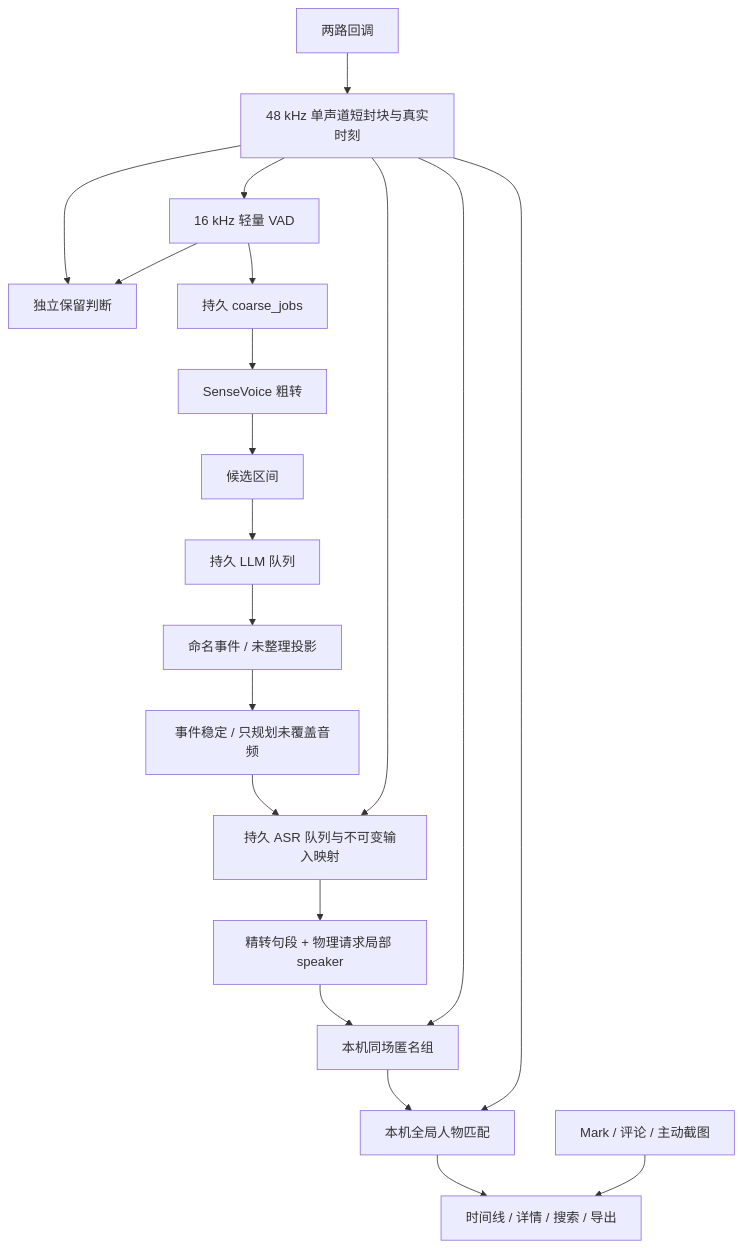
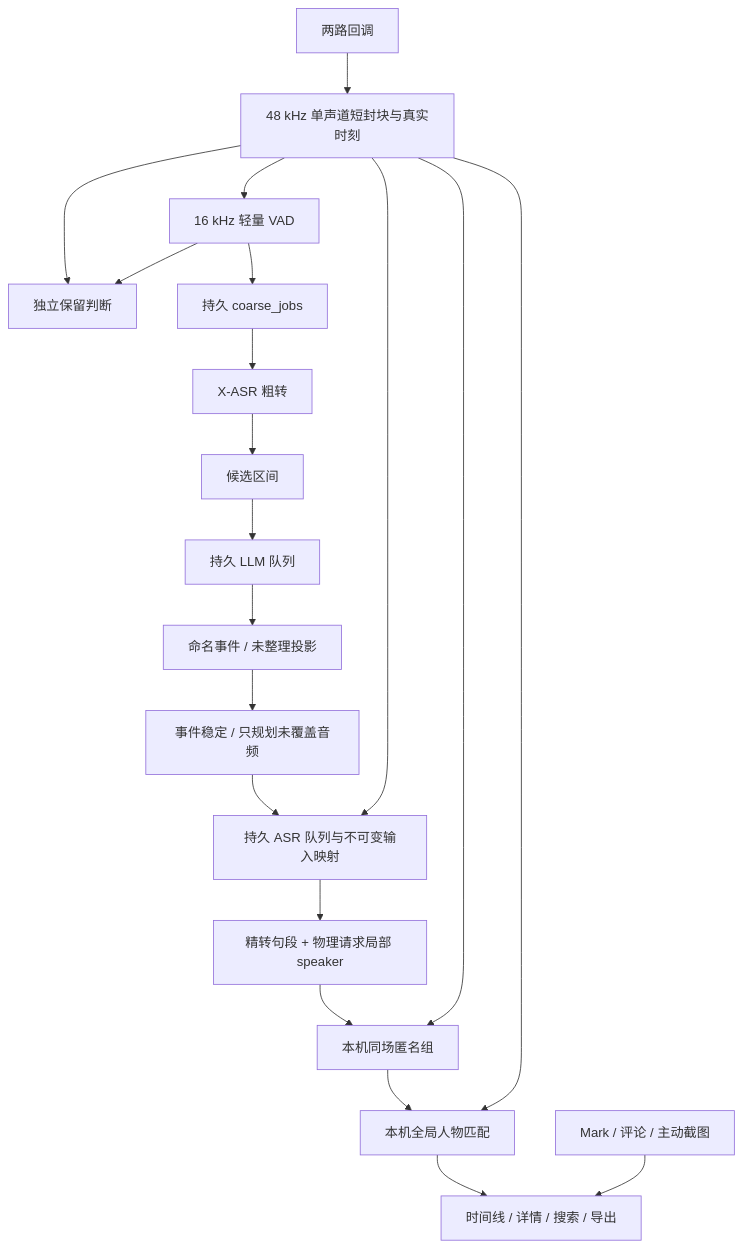
One commit to hAcKlyc/loppi changed the second of 2 diagrams in specs/ARCHITECTURE.md. Above: the diagram before and after it, drawn with Mermaid. The commit also changed other lines of this file and 15 other files, not shown here.

````diff
--- a/specs/ARCHITECTURE.md
+++ b/specs/ARCHITECTURE.md
@@ -75,22 +75,22 @@
 ```mermaid
 flowchart TD
   C[两路回调] --> B[48 kHz 单声道短封块与真实时刻]
   B --> R[独立保留判断]
   B --> V[16 kHz 轻量 VAD]
   V --> R
   V --> J[持久 coarse_jobs]
-  J --> S[SenseVoice 粗转]
+  J --> S[X-ASR 粗转]
   S --> K[候选区间]
   K --> Q1[持久 LLM 队列]
   Q1 --> E[命名事件 / 未整理投影]
   E --> ST[事件稳定 / 只规划未覆盖音频]
   ST --> Q2[持久 ASR 队列与不可变输入映射]
   B --> Q2
   Q2 --> P[精转句段 + 物理请求局部 speaker]
   P --> G[本机同场匿名组]
   B --> G
   G --> I[本机全局人物匹配]
   B --> I
   I --> T[时间线 / 详情 / 搜索 / 导出]
   M[Mark / 评论 / 主动截图] --> T
 ```
````
